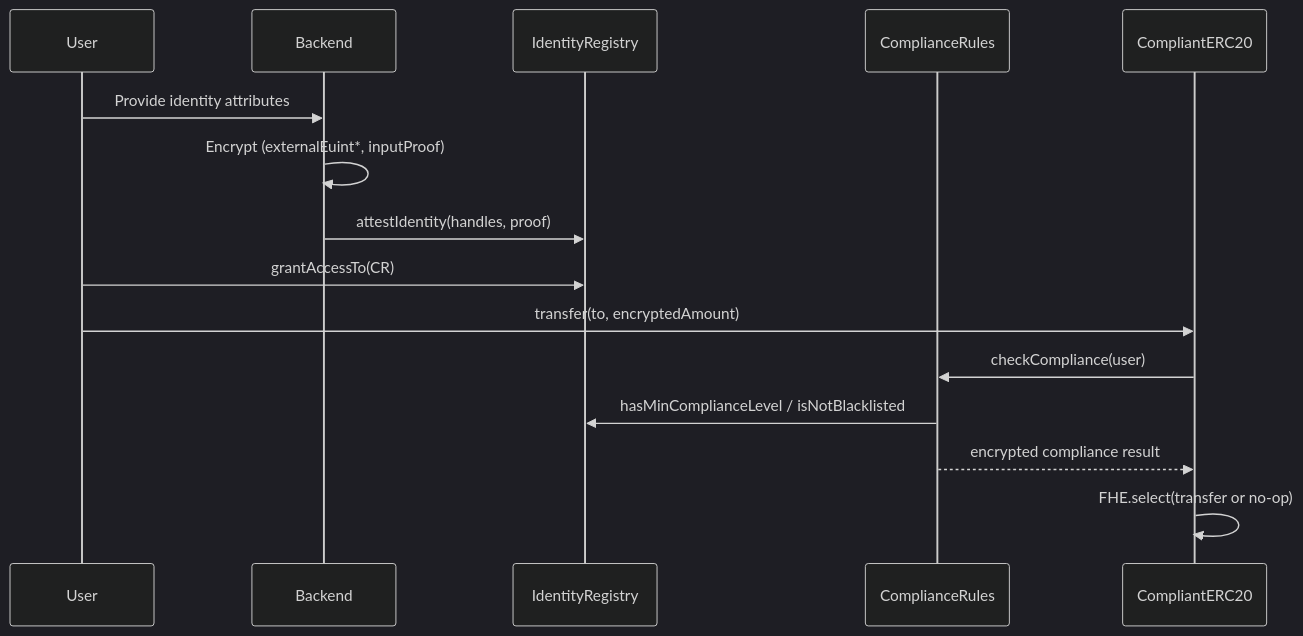
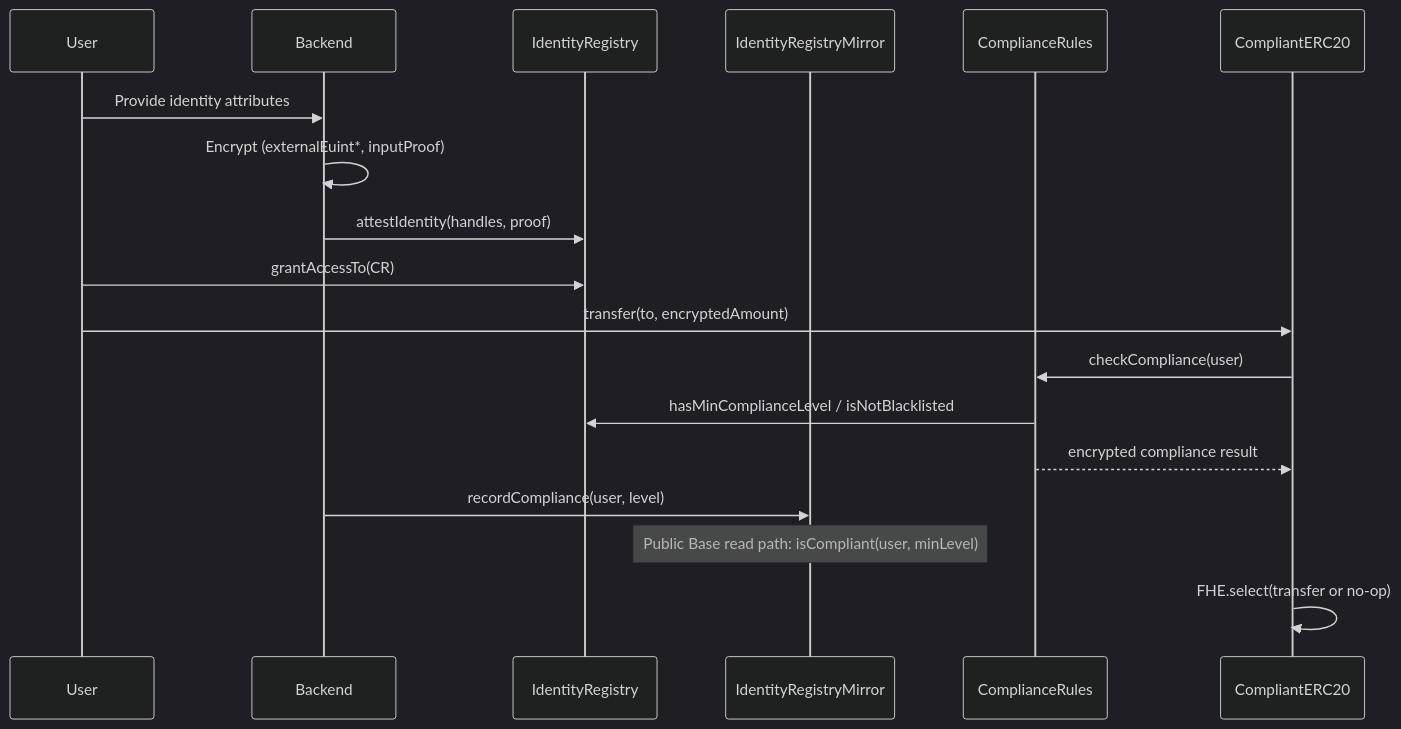
Before and after one commit to gustavovalverde/zentity-fhevm-contracts: the second of 2 diagrams in docs/architecture.md, drawn with Mermaid (dark theme). The commit also changed other lines of this file and 35 other files, not shown here.

Commit message:
feat: publish contracts package with Base mirror

````diff
--- a/docs/architecture.md
+++ b/docs/architecture.md
@@ -70,20 +83,24 @@
 ```mermaid
 sequenceDiagram
   participant User
   participant Backend
   participant IR as IdentityRegistry
+  participant Mirror as IdentityRegistryMirror
   participant CR as ComplianceRules
   participant Token as CompliantERC20
 
   User->>Backend: Provide identity attributes
   Backend->>Backend: Encrypt (externalEuint*, inputProof)
   Backend->>IR: attestIdentity(handles, proof)
 
   User->>IR: grantAccessTo(CR)
 
   User->>Token: transfer(to, encryptedAmount)
   Token->>CR: checkCompliance(user)
   CR->>IR: hasMinComplianceLevel / isNotBlacklisted
   CR-->>Token: encrypted compliance result
+
+  Backend->>Mirror: recordCompliance(user, level)
+  Note over Mirror: Public Base read path: isCompliant(user, minLevel)
   Token->>Token: FHE.select(transfer or no-op)
 ```
````
